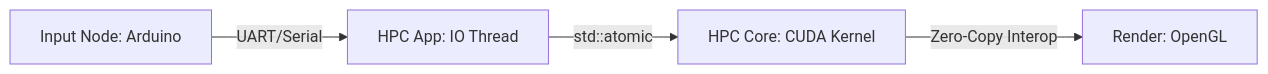
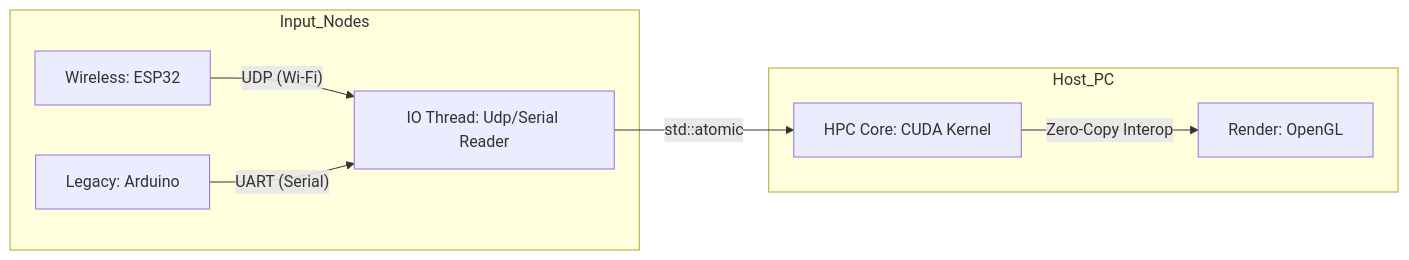
Before and after one commit to Hyeonjoon-Nam/Cuda-Study-Journey: the diagram in README.md, drawn with Mermaid. The commit also changed other lines of this file and 1 other file, not shown here.

````diff
--- a/README.md
+++ b/README.md
@@ -32,6 +32,12 @@
 ```mermaid
 graph LR
-    A[Input Node: Arduino] -- UART/Serial --> B[HPC App: IO Thread]
-    B -- std::atomic --> C[HPC Core: CUDA Kernel]
-    C -- Zero-Copy Interop --> D[Render: OpenGL]
+    subgraph Input_Nodes
+        A[Wireless: ESP32] -- "UDP (Wi-Fi)" --> B
+        E[Legacy: Arduino] -- "UART (Serial)" --> B
+    end
+    
+    subgraph Host_PC
+        B[IO Thread: Udp/Serial Reader] -- std::atomic --> C[HPC Core: CUDA Kernel]
+        C -- Zero-Copy Interop --> D[Render: OpenGL]
+    end
 ```
````
